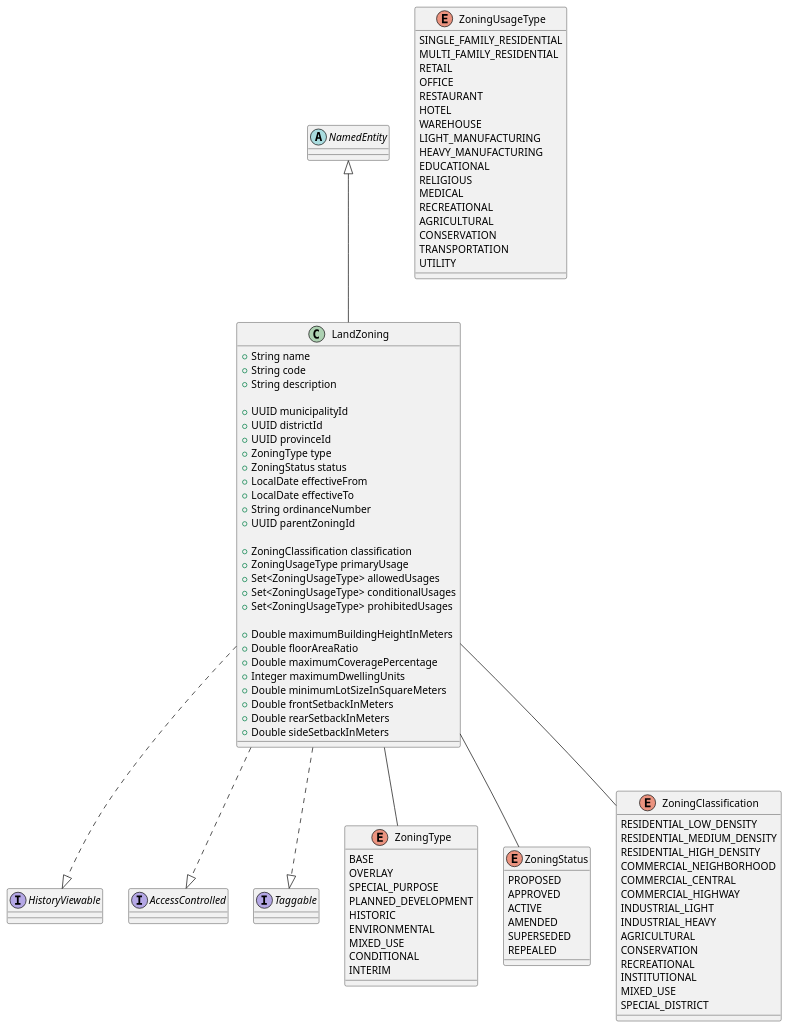
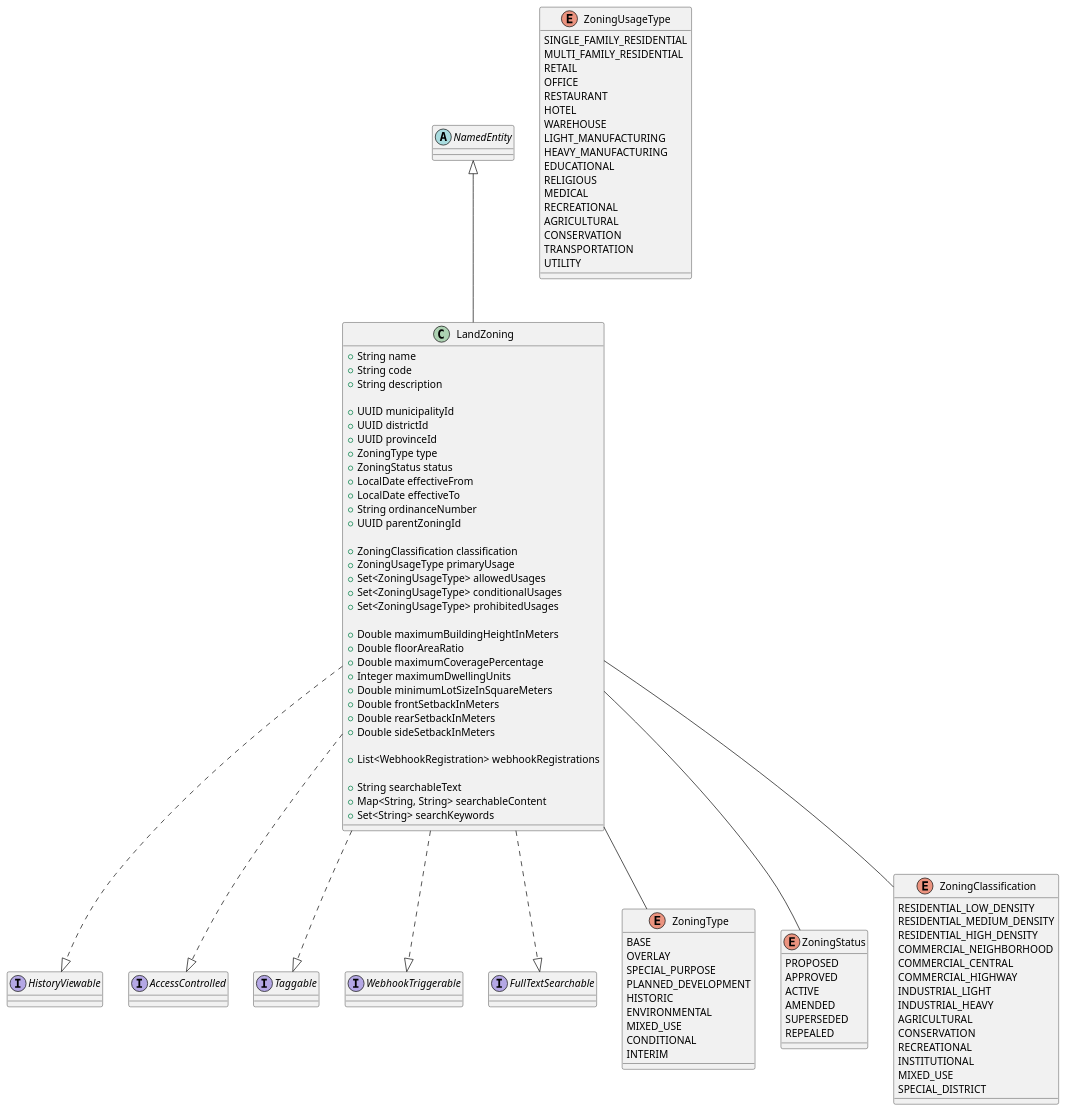
The first of 18 diagrams in src/docs/asciidoc/design/concrete-data-model/land/land-zoning.adoc (fernsky/likhupike-backend-dpms), drawn with PlantUML before and after one commit. The commit also changed other lines of this file and 1 other file, not shown here.

Commit message:
feat(docs): enhance LandZoning with new interfaces and contextual use cases

```diff
--- a/src/docs/asciidoc/design/concrete-data-model/land/land-zoning.adoc
+++ b/src/docs/asciidoc/design/concrete-data-model/land/land-zoning.adoc
@@ -12,6 +12,8 @@
 interface HistoryViewable
 interface AccessControlled
 interface Taggable
+interface WebhookTriggerable
+interface FullTextSearchable
 
 ' LandZoning implementation
 class LandZoning {
@@ -47,6 +49,14 @@
   +Double frontSetbackInMeters
   +Double rearSetbackInMeters
   +Double sideSetbackInMeters
+  
+  ' WebhookTriggerable fields
+  +List<WebhookRegistration> webhookRegistrations
+  
+  ' FullTextSearchable fields
+  +String searchableText
+  +Map<String, String> searchableContent
+  +Set<String> searchKeywords
   
   ' Implementation methods...
 }
@@ -117,6 +127,8 @@
 LandZoning ..|> HistoryViewable
 LandZoning ..|> AccessControlled
 LandZoning ..|> Taggable
+LandZoning ..|> WebhookTriggerable
+LandZoning ..|> FullTextSearchable
 
 ' Enum relationships
 LandZoning -- ZoningType
```
